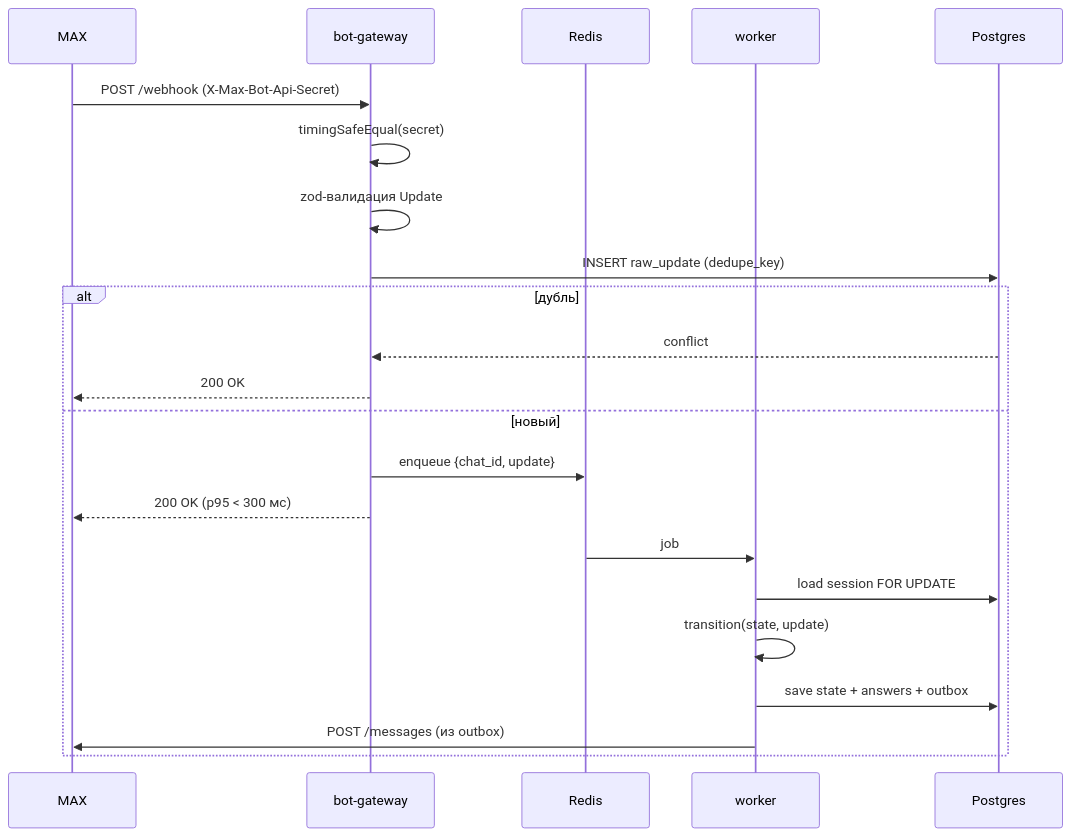
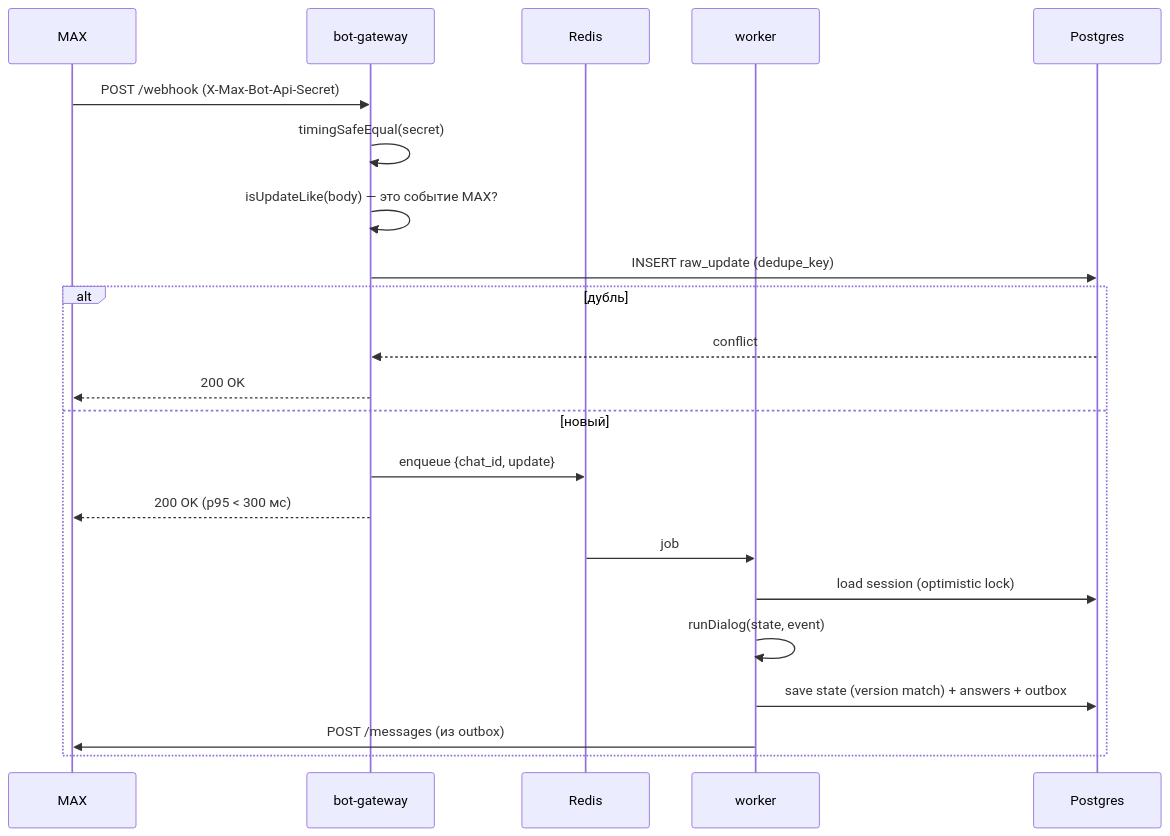
One commit to IvanBurtsev/Helpmax changed the second of 2 diagrams in docs/architecture.md. Above: the diagram before and after it, drawn with Mermaid. The commit also changed other lines of this file and 29 other files, not shown here.

First line of the commit message:
feat(core): store, event processing and worker (webhook -> outbox -> MAX)

````diff
--- a/docs/architecture.md
+++ b/docs/architecture.md
@@ -56,25 +56,25 @@
 ```mermaid
 sequenceDiagram
   participant MAX
   participant GW as bot-gateway
   participant R as Redis
   participant W as worker
   participant PG as Postgres
 
   MAX->>GW: POST /webhook (X-Max-Bot-Api-Secret)
   GW->>GW: timingSafeEqual(secret)
-  GW->>GW: zod-валидация Update
+  GW->>GW: isUpdateLike(body) — это событие MAX?
   GW->>PG: INSERT raw_update (dedupe_key)
   alt дубль
     PG-->>GW: conflict
     GW-->>MAX: 200 OK
   else новый
     GW->>R: enqueue {chat_id, update}
     GW-->>MAX: 200 OK (p95 < 300 мс)
     R->>W: job
-    W->>PG: load session FOR UPDATE
-    W->>W: transition(state, update)
-    W->>PG: save state + answers + outbox
+    W->>PG: load session (optimistic lock)
+    W->>W: runDialog(state, event)
+    W->>PG: save state (version match) + answers + outbox
     W->>MAX: POST /messages (из outbox)
   end
 ```
````
